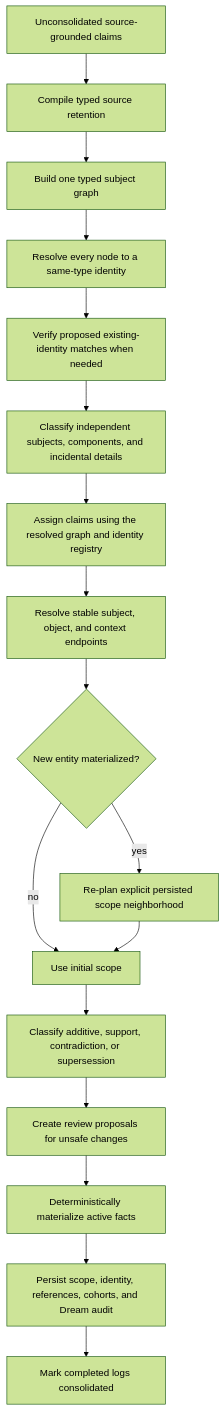
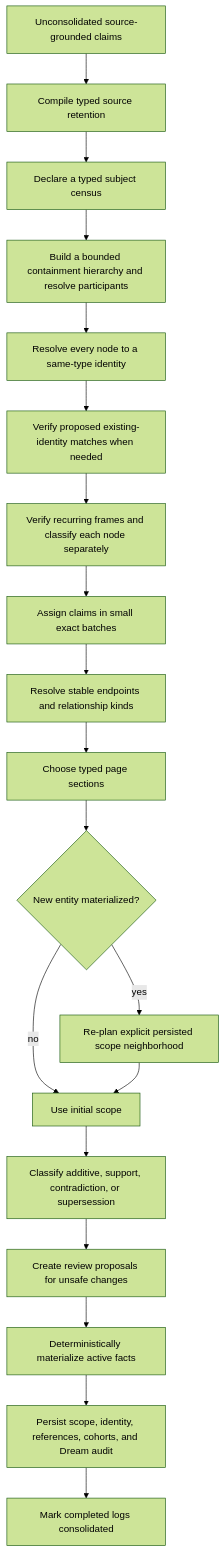
One commit to nsadras/mycelium changed the diagram in DESIGN.md. Above: the diagram before and after it, drawn with Mermaid (forest theme). The commit also changed other lines of this file and 18 other files, not shown here.

````diff
--- a/DESIGN.md
+++ b/DESIGN.md
@@ -85,19 +85,21 @@
 ```mermaid
 flowchart TD
     A[Unconsolidated source-grounded claims] --> B[Compile typed source retention]
-    B --> C[Build one typed subject graph]
-    C --> D[Resolve every node to a same-type identity]
-    D --> E[Verify proposed existing-identity matches when needed]
-    E --> F[Classify independent subjects, components, and incidental details]
-    F --> H[Assign claims using the resolved graph and identity registry]
-    H --> I[Resolve stable subject, object, and context endpoints]
-    I --> J{New entity materialized?}
-    J -->|yes| K[Re-plan explicit persisted scope neighborhood]
-    J -->|no| L[Use initial scope]
-    K --> L
-    L --> M[Classify additive, support, contradiction, or supersession]
-    M --> N[Create review proposals for unsafe changes]
-    N --> O[Deterministically materialize active facts]
-    O --> P[Persist scope, identity, references, cohorts, and Dream audit]
-    P --> Q[Mark completed logs consolidated]
+    B --> C[Declare a typed subject census]
+    C --> D[Build a bounded containment hierarchy and resolve participants]
+    D --> E[Resolve every node to a same-type identity]
+    E --> F[Verify proposed existing-identity matches when needed]
+    F --> G[Verify recurring frames and classify each node separately]
+    G --> H[Assign claims in small exact batches]
+    H --> I[Resolve stable endpoints and relationship kinds]
+    I --> J[Choose typed page sections]
+    J --> K{New entity materialized?}
+    K -->|yes| L[Re-plan explicit persisted scope neighborhood]
+    K -->|no| M[Use initial scope]
+    L --> M
+    M --> N[Classify additive, support, contradiction, or supersession]
+    N --> O[Create review proposals for unsafe changes]
+    O --> P[Deterministically materialize active facts]
+    P --> Q[Persist scope, identity, references, cohorts, and Dream audit]
+    Q --> R[Mark completed logs consolidated]
 ```
````
